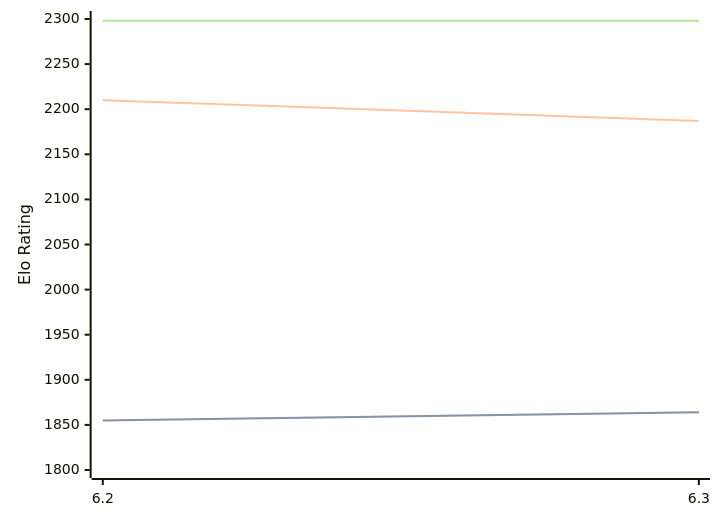
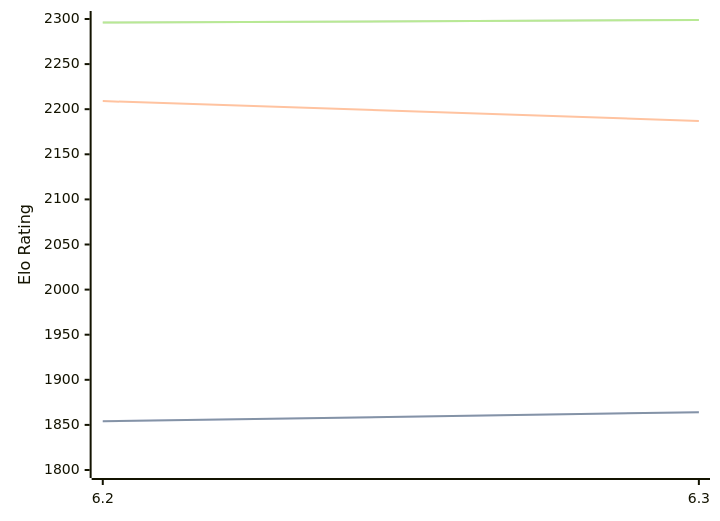
The diagram in engines/chess4j.md (computer-chess-index/cci), drawn with Mermaid before and after one commit. The commit also changed other lines of this file, not shown here.

Commit message:
Update CCI Ratings (ELO VLTC) - 2026-09-03

````diff
--- a/engines/chess4j.md
+++ b/engines/chess4j.md
@@ -32,11 +32,11 @@
 ```mermaid
 %%{init: {"theme":"base","themeVariables":{"seriesColors:['#a3a3a3','#222221','#faa371']}}}%%
 xychart-beta
   x-axis ["6.2", "6.3"]
   y-axis "Elo Rating" 1800 --> 2300
-  line "" [1855, 1864]
-  line "STC (8.0+0.08s)" [1855, 1864]
-  line "LTC (60.0+0.60s)" [2210, 2187]
-  line "" [2298, 2298]
-  line "VLTC (2m24s+1.12s)" [2298, 2298]
+  line "" [1854, 1864]
+  line "STC (8.0+0.08s)" [1854, 1864]
+  line "LTC (60.0+0.60s)" [2209, 2187]
+  line "" [2296, 2299]
+  line "VLTC (2m24s+1.12s)" [2296, 2299]
 ```
````
